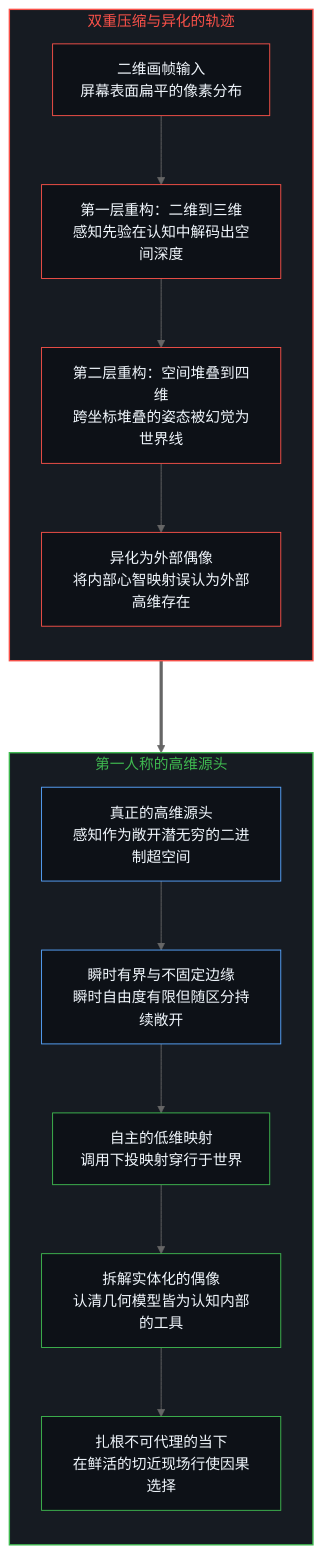
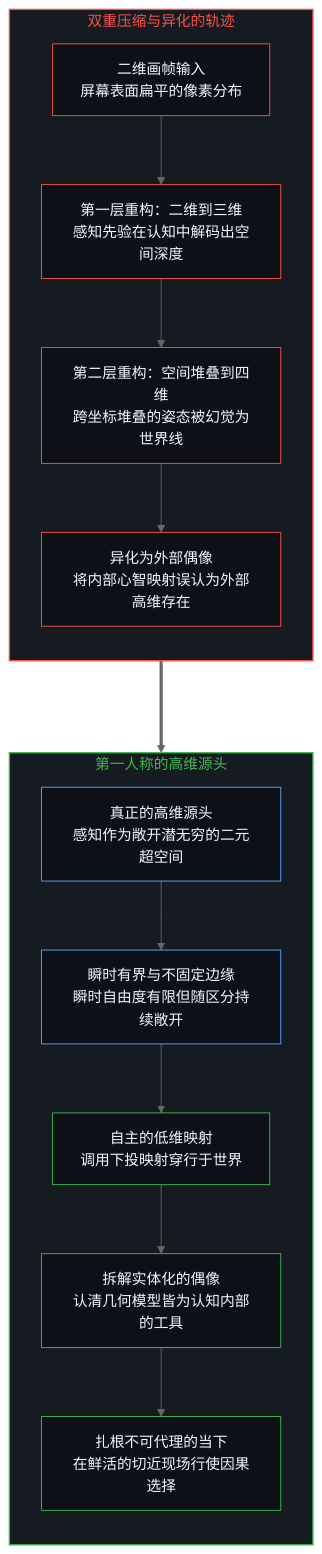
One commit to powerpig99/not-a-toe changed the first of 4 diagrams in content/posts/the-myth-of-the-four-dimensional-deer-and-the-present-model.md. Above: the diagram before and after it, drawn with Mermaid (neutral theme). The commit also changed other lines of this file and 3 other files, not shown here.

````diff
--- a/content/posts/the-myth-of-the-four-dimensional-deer-and-the-present-model.md
+++ b/content/posts/the-myth-of-the-four-dimensional-deer-and-the-present-model.md
@@ -29,28 +29,28 @@
 ```mermaid
 flowchart TD
     subgraph S_ErrorTrack["双重压缩与异化的轨迹"]
         direction TB
         E1["二维画帧输入<br/>屏幕表面扁平的像素分布"] --> E2["第一层重构：二维到三维<br/>感知先验在认知中解码出空间深度"]
         E2 --> E3["第二层重构：空间堆叠到四维<br/>跨坐标堆叠的姿态被幻觉为世界线"]
         E3 --> E4["异化为外部偶像<br/>将内部心智映射误认为外部高维存在"]
     end
     S_ErrorTrack ===> S_RealityTrack
     subgraph S_RealityTrack["第一人称的高维源头"]
         direction TB
-        R1["真正的高维源头<br/>感知作为敞开潜无穷的二进制超空间"] --> R2["瞬时有界与不固定边缘<br/>瞬时自由度有限但随区分持续敞开"]
+        R1["真正的高维源头<br/>感知作为敞开潜无穷的二元超空间"] --> R2["瞬时有界与不固定边缘<br/>瞬时自由度有限但随区分持续敞开"]
         R2 --> R3["自主的低维映射<br/>调用下投映射穿行于世界"]
         R3 --> R4["拆解实体化的偶像<br/>认清几何模型皆为认知内部的工具"]
         R4 --> R5["扎根不可代理的当下<br/>在鲜活的切近现场行使因果选择"]
     end
     style S_ErrorTrack fill:#161b22,stroke:#f85149,stroke-width:1.5px,color:#f85149
     style S_RealityTrack fill:#161b22,stroke:#3fb950,stroke-width:1.5px,color:#3fb950
     style E1 fill:#0d1117,stroke:#f85149,stroke-width:1px,color:#f0f6fc
     style E2 fill:#0d1117,stroke:#f85149,stroke-width:1px,color:#f0f6fc
     style E3 fill:#0d1117,stroke:#f85149,stroke-width:1px,color:#f0f6fc
     style E4 fill:#0d1117,stroke:#f85149,stroke-width:1px,color:#f0f6fc
     style R1 fill:#0d1117,stroke:#58a6ff,stroke-width:1px,color:#f0f6fc
     style R2 fill:#0d1117,stroke:#58a6ff,stroke-width:1px,color:#f0f6fc
     style R3 fill:#0d1117,stroke:#3fb950,stroke-width:1px,color:#f0f6fc
     style R4 fill:#0d1117,stroke:#3fb950,stroke-width:1px,color:#f0f6fc
     style R5 fill:#0d1117,stroke:#3fb950,stroke-width:1px,color:#f0f6fc
 ```
````
